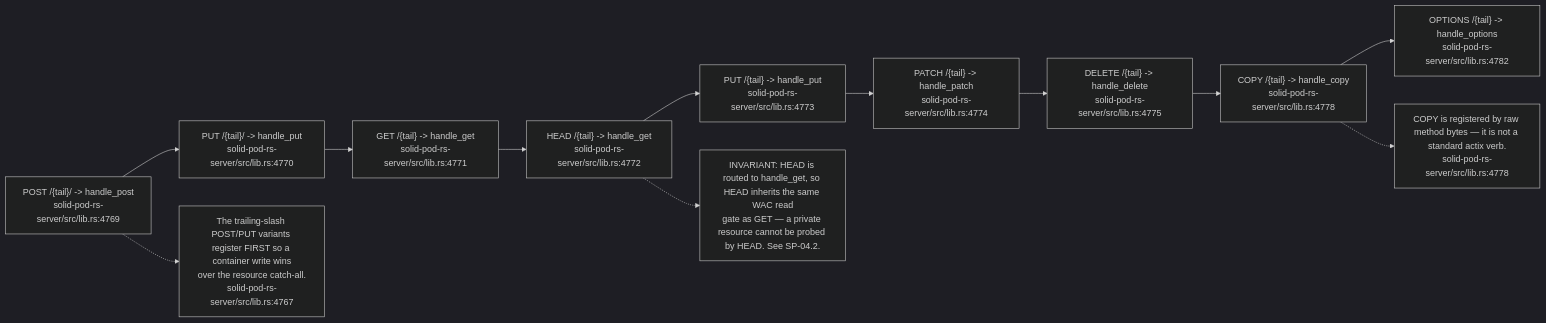
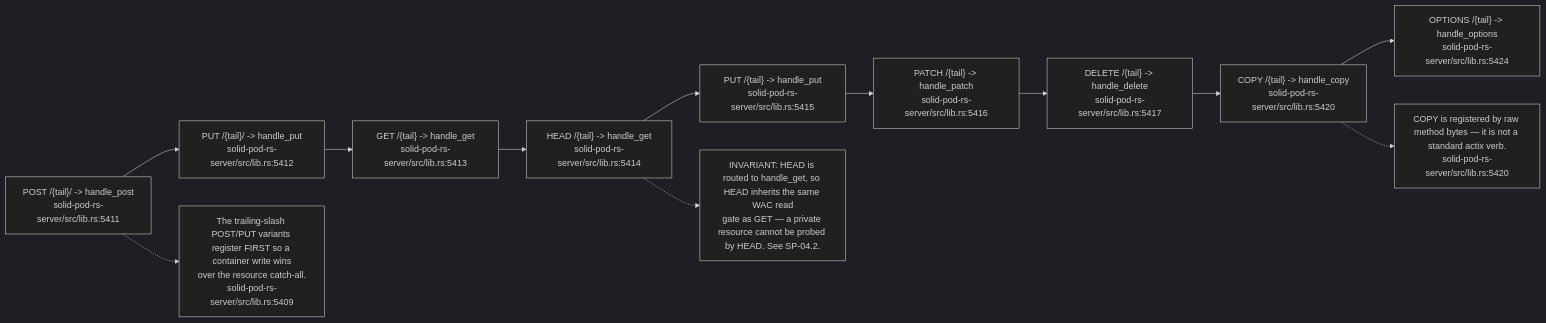
The tenth of 11 diagrams in docs/diagrams/solid-pod-rs/02-server-boot-and-routes.md (DreamLab-AI/VisionFlow), drawn with Mermaid (dark theme) before and after one commit. The commit also changed other lines of this file and 160 other files, not shown here.

````diff
--- a/docs/diagrams/solid-pod-rs/02-server-boot-and-routes.md
+++ b/docs/diagrams/solid-pod-rs/02-server-boot-and-routes.md
@@ -269,21 +285,21 @@
 ```mermaid
 flowchart LR
-    P1["POST /{tail}/ -> handle_post<br/>solid-pod-rs-server/src/lib.rs:4769"]
-    P2["PUT /{tail}/ -> handle_put<br/>solid-pod-rs-server/src/lib.rs:4770"]
-    G["GET /{tail} -> handle_get<br/>solid-pod-rs-server/src/lib.rs:4771"]
-    H["HEAD /{tail} -> handle_get<br/>solid-pod-rs-server/src/lib.rs:4772"]
-    PU["PUT /{tail} -> handle_put<br/>solid-pod-rs-server/src/lib.rs:4773"]
-    PA["PATCH /{tail} -> handle_patch<br/>solid-pod-rs-server/src/lib.rs:4774"]
-    DE["DELETE /{tail} -> handle_delete<br/>solid-pod-rs-server/src/lib.rs:4775"]
-    CO["COPY /{tail} -> handle_copy<br/>solid-pod-rs-server/src/lib.rs:4778"]
-    OP["OPTIONS /{tail} -> handle_options<br/>solid-pod-rs-server/src/lib.rs:4782"]
+    P1["POST /{tail}/ -> handle_post<br/>solid-pod-rs-server/src/lib.rs:5411"]
+    P2["PUT /{tail}/ -> handle_put<br/>solid-pod-rs-server/src/lib.rs:5412"]
+    G["GET /{tail} -> handle_get<br/>solid-pod-rs-server/src/lib.rs:5413"]
+    H["HEAD /{tail} -> handle_get<br/>solid-pod-rs-server/src/lib.rs:5414"]
+    PU["PUT /{tail} -> handle_put<br/>solid-pod-rs-server/src/lib.rs:5415"]
+    PA["PATCH /{tail} -> handle_patch<br/>solid-pod-rs-server/src/lib.rs:5416"]
+    DE["DELETE /{tail} -> handle_delete<br/>solid-pod-rs-server/src/lib.rs:5417"]
+    CO["COPY /{tail} -> handle_copy<br/>solid-pod-rs-server/src/lib.rs:5420"]
+    OP["OPTIONS /{tail} -> handle_options<br/>solid-pod-rs-server/src/lib.rs:5424"]
 
     P1 --> P2 --> G --> H --> PU --> PA --> DE --> CO --> OP
 
-    N1["The trailing-slash POST/PUT variants register FIRST so a container write wins\nover the resource catch-all.<br/>solid-pod-rs-server/src/lib.rs:4767"]
+    N1["The trailing-slash POST/PUT variants register FIRST so a container write wins\nover the resource catch-all.<br/>solid-pod-rs-server/src/lib.rs:5409"]
     P1 -.-> N1
     N2["INVARIANT: HEAD is routed to handle_get, so HEAD inherits the same WAC read\ngate as GET — a private resource cannot be probed by HEAD. See SP-04.2."]
     H -.-> N2
-    N3["COPY is registered by raw method bytes — it is not a standard actix verb.<br/>solid-pod-rs-server/src/lib.rs:4778"]
+    N3["COPY is registered by raw method bytes — it is not a standard actix verb.<br/>solid-pod-rs-server/src/lib.rs:5420"]
     CO -.-> N3
 ```
````
